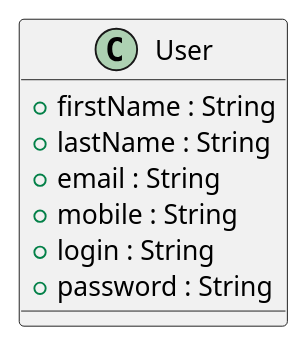
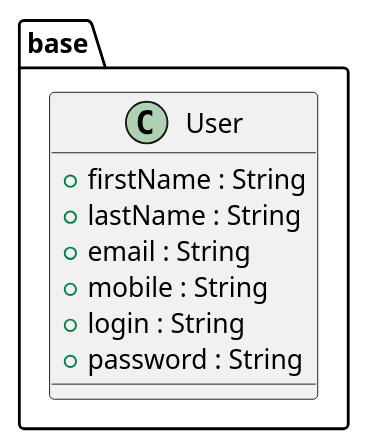
One commit to beerfactory/brewbox-uml changed the diagram in src/class/include/user.iuml. Above: the diagram before and after it, drawn with PlantUML. The commit also changed 32 other files, not shown here.

```diff
--- a/src/class/include/user.iuml
+++ b/src/class/include/user.iuml
@@ -1,8 +1,10 @@
-class User {
-    + firstName : String
-    + lastName : String
-    + email : String
-    + mobile : String
-    + login : String
-    + password : String
+package base {
+	class User {
+	    + firstName : String
+	    + lastName : String
+	    + email : String
+	    + mobile : String
+	    + login : String
+	    + password : String
+	}	
 }
```
